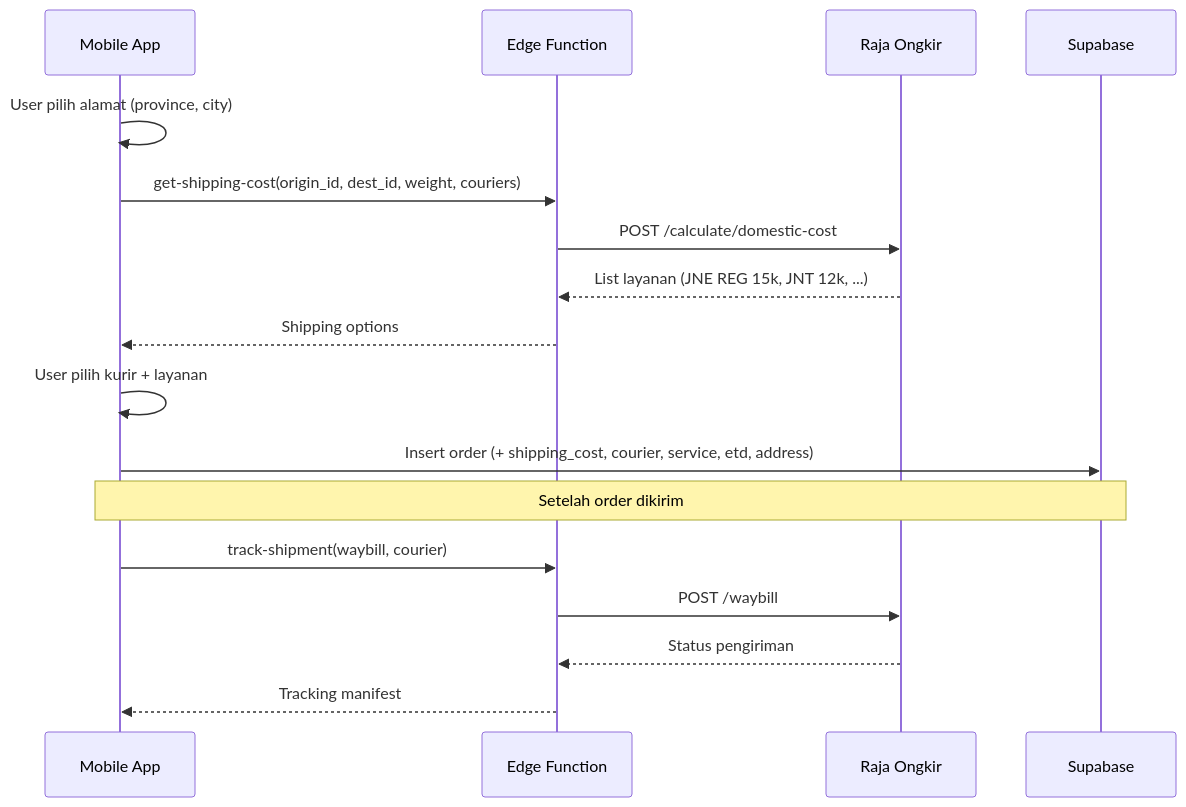
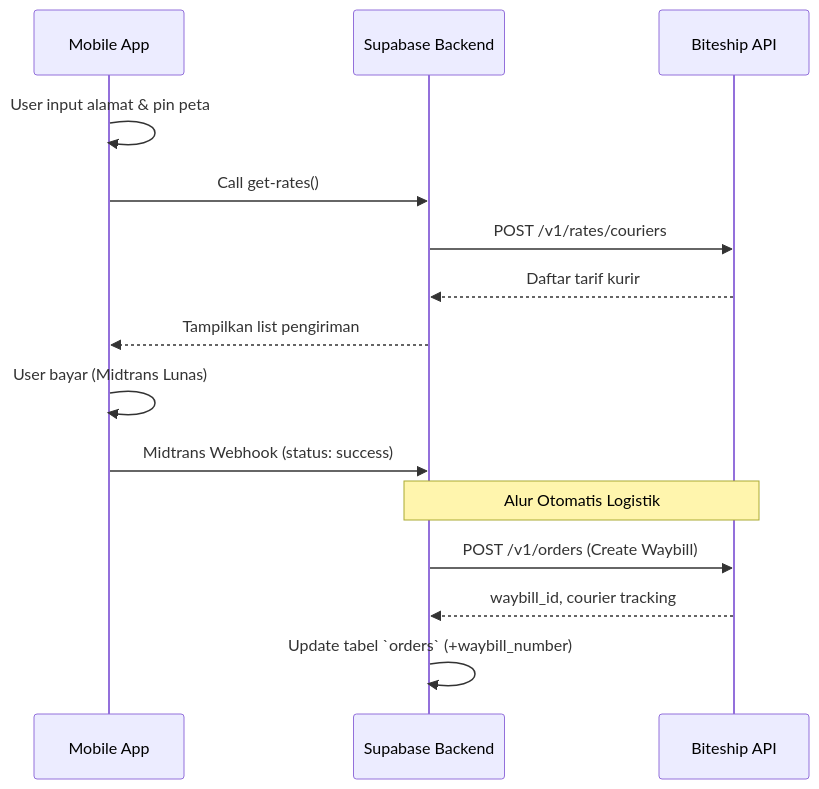
One commit to aessaputra/admin-apotek-eccomerce changed the seventh of 8 diagrams in System Architecture.md. Above: the diagram before and after it, drawn with Mermaid. The commit also changed other lines of this file and 39 other files, not shown here.

Commit message:
feat: Implement core admin panel UI for products, orders, and dashboard, alongside Midtrans payment and Biteship shipping integrations with Supabase functions and database migrations.

````diff
--- a/System Architecture.md
+++ b/System Architecture.md
@@ -223,22 +226,20 @@
 ```mermaid
 sequenceDiagram
     participant M as Mobile App
-    participant EF as Edge Function
-    participant RO as Raja Ongkir
-    participant S as Supabase
+    participant S as Supabase Backend
+    participant BS as Biteship API
 
-    M->>M: User pilih alamat (province, city)
-    M->>EF: get-shipping-cost(origin_id, dest_id, weight, couriers)
-    EF->>RO: POST /calculate/domestic-cost
-    RO-->>EF: List layanan (JNE REG 15k, JNT 12k, ...)
-    EF-->>M: Shipping options
+    M->>M: User input alamat & pin peta
+    M->>S: Call get-rates()
+    S->>BS: POST /v1/rates/couriers
+    BS-->>S: Daftar tarif kurir
+    S-->>M: Tampilkan list pengiriman
 
-    M->>M: User pilih kurir + layanan
-    M->>S: Insert order (+ shipping_cost, courier, service, etd, address)
-
-    Note over M,S: Setelah order dikirim
-    M->>EF: track-shipment(waybill, courier)
-    EF->>RO: POST /waybill
-    RO-->>EF: Status pengiriman
-    EF-->>M: Tracking manifest
+    M->>M: User bayar (Midtrans Lunas)
+    M->>S: Midtrans Webhook (status: success)
+    
+    Note over S,BS: Alur Otomatis Logistik
+    S->>BS: POST /v1/orders (Create Waybill)
+    BS-->>S: waybill_id, courier tracking
+    S->>S: Update tabel `orders` (+waybill_number)
 ```
````
